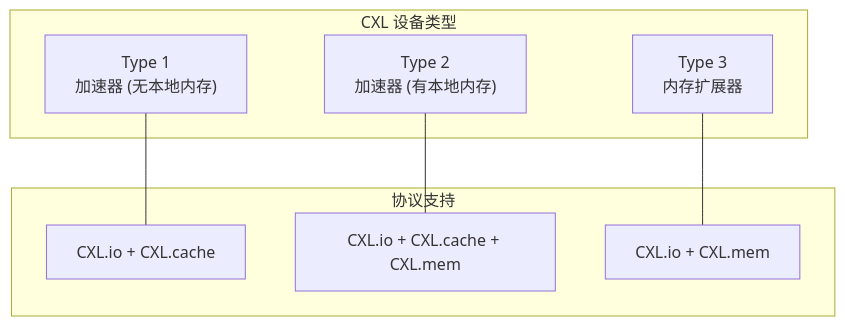
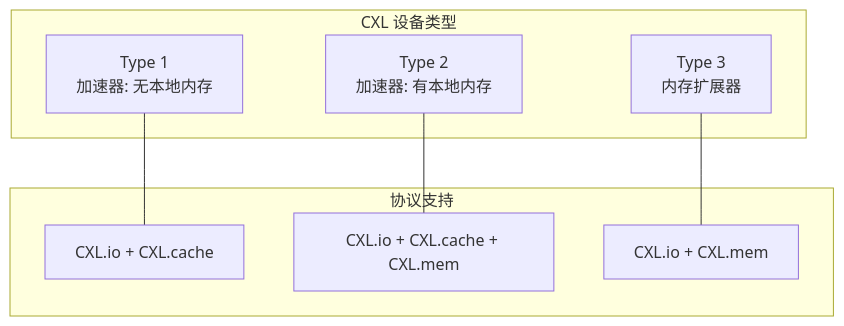
One commit to jpixy/jpixy.github.io changed the sixth of 17 diagrams in content/articles/networking/net-26-CXL与新型内存互联技术.md. Above: the diagram before and after it, drawn with Mermaid. The commit also changed other lines of this file and 66 other files, not shown here.

Commit message:
fix: resolve Mermaid syntax errors by removing parentheses in node labels

````diff
--- a/content/articles/networking/net-26-CXL与新型内存互联技术.md
+++ b/content/articles/networking/net-26-CXL与新型内存互联技术.md
@@ -152,18 +152,18 @@
 ```mermaid
 graph TB
     subgraph "CXL 设备类型"
-        A["Type 1<br/>加速器 (无本地内存)"]
-        B["Type 2<br/>加速器 (有本地内存)"]
+        A["Type 1<br/>加速器: 无本地内存"]
+        B["Type 2<br/>加速器: 有本地内存"]
         C["Type 3<br/>内存扩展器"]
     end
     
     subgraph "协议支持"
         A1["CXL.io + CXL.cache"]
         B1["CXL.io + CXL.cache + CXL.mem"]
         C1["CXL.io + CXL.mem"]
     end
     
     A --- A1
     B --- B1
     C --- C1
 ```
````
